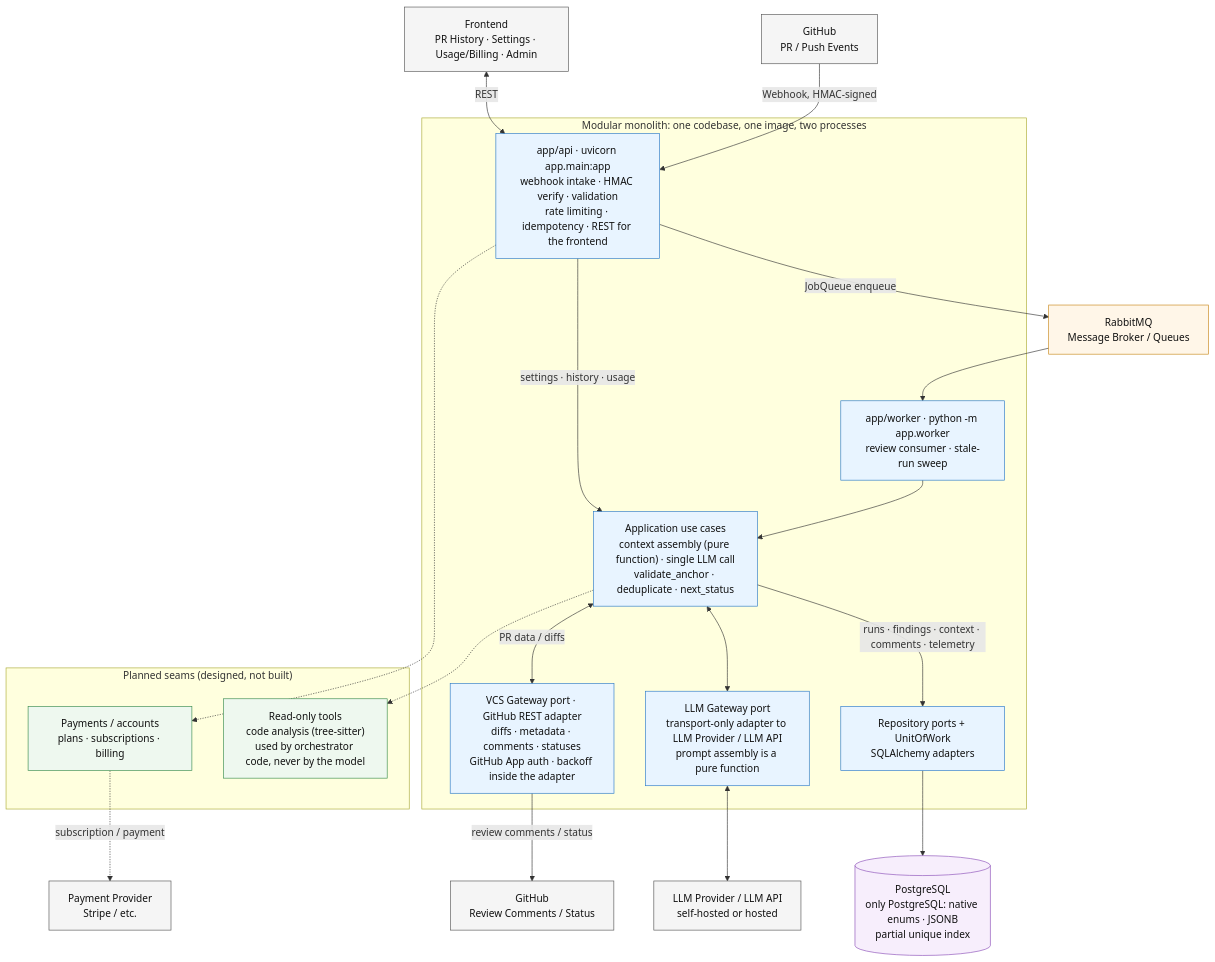
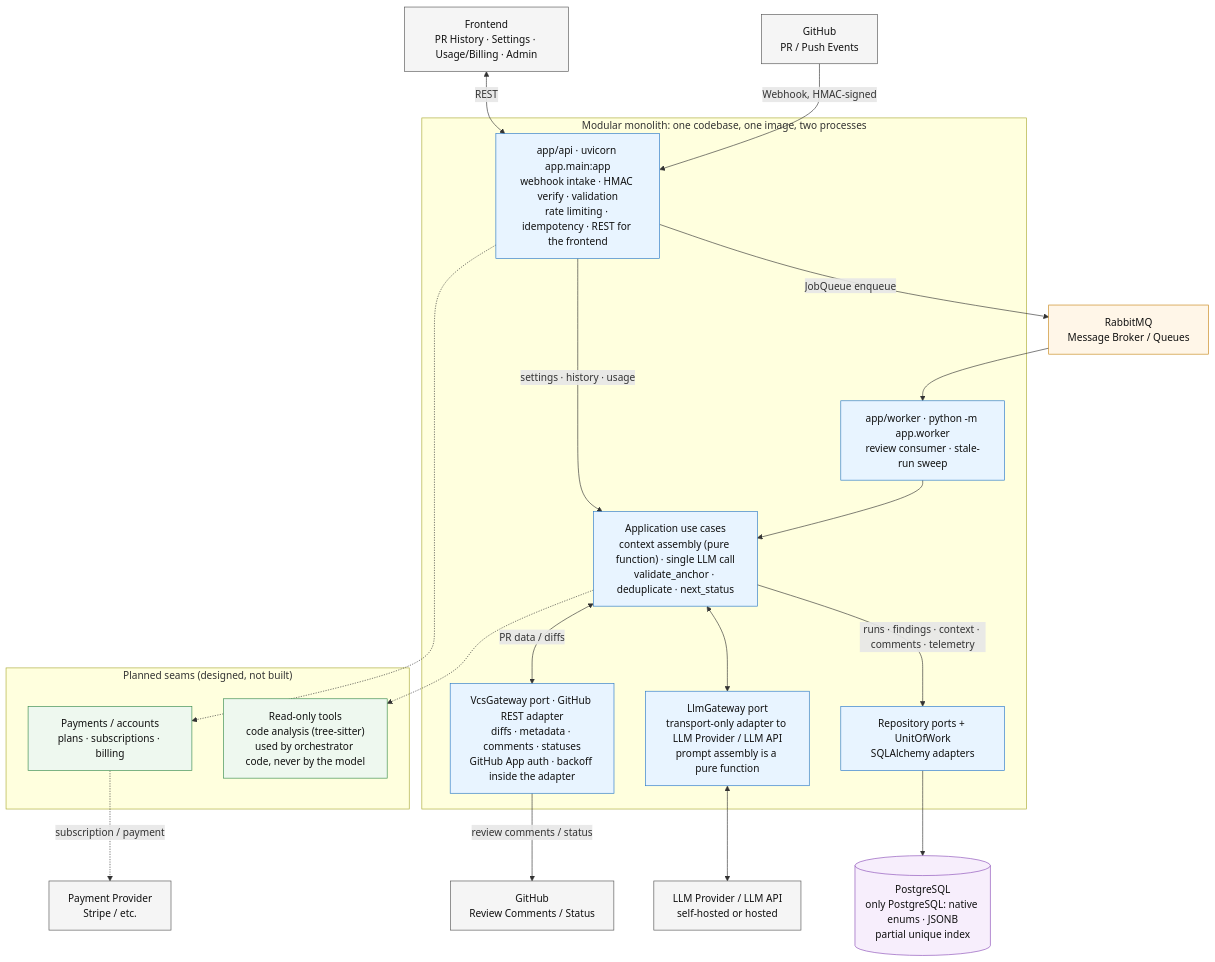
Before and after one commit to larchanka-training/dmc-268-api-t1: the diagram in docs/SYSTEM_DESIGN.md, drawn with Mermaid. The commit also changed other lines of this file, not shown here.

````diff
--- a/docs/SYSTEM_DESIGN.md
+++ b/docs/SYSTEM_DESIGN.md
@@ -9,67 +9,67 @@
 ```mermaid
 flowchart TB
     %% External
     GH[GitHub<br/>PR / Push Events]
     GHR[GitHub<br/>Review Comments / Status]
     PP[Payment Provider<br/>Stripe / etc.]
     LLM[LLM Provider / LLM API<br/>self-hosted or hosted]
     FE[Frontend<br/>PR History · Settings · Usage/Billing · Admin]
 
     %% Infrastructure
     MQ[RabbitMQ<br/>Message Broker / Queues]
     DB[(PostgreSQL<br/>only PostgreSQL: native enums · JSONB<br/>partial unique index)]
 
     %% Modular monolith
     subgraph MONOLITH["Modular monolith: one codebase, one image, two processes"]
         API["app/api · uvicorn app.main:app<br/>webhook intake · HMAC verify · validation<br/>rate limiting · idempotency · REST for the frontend"]
         WORKER["app/worker · python -m app.worker<br/>review consumer · stale-run sweep"]
         ORCH["Application use cases<br/>context assembly (pure function) · single LLM call<br/>validate_anchor · deduplicate · next_status"]
-        VCS["VCS Gateway port · GitHub REST adapter<br/>diffs · metadata · comments · statuses<br/>GitHub App auth · backoff inside the adapter"]
-        LGW["LLM Gateway port<br/>transport-only adapter to LLM Provider / LLM API<br/>prompt assembly is a pure function"]
+        VCS["VcsGateway port · GitHub REST adapter<br/>diffs · metadata · comments · statuses<br/>GitHub App auth · backoff inside the adapter"]
+        LGW["LlmGateway port<br/>transport-only adapter to LLM Provider / LLM API<br/>prompt assembly is a pure function"]
         REPOS["Repository ports + UnitOfWork<br/>SQLAlchemy adapters"]
     end
 
     %% Planned seams
     subgraph PLANNED["Planned seams (designed, not built)"]
         PAY["Payments / accounts<br/>plans · subscriptions · billing"]
         TOOLS["Read-only tools<br/>code analysis (tree-sitter)<br/>used by orchestrator code, never by the model"]
     end
 
     %% Event flow
     GH -->|Webhook, HMAC-signed| API
     FE <-->|REST| API
     API -->|JobQueue enqueue| MQ
     MQ --> WORKER
     WORKER --> ORCH
     API -->|settings · history · usage| ORCH
 
     %% VCS
     ORCH <-->|PR data / diffs| VCS
     VCS -->|review comments / status| GHR
 
     %% LLM
     ORCH <--> LGW
     LGW <--> LLM
 
     %% Data and telemetry
     ORCH -->|runs · findings · context · comments · telemetry| REPOS
     REPOS --> DB
 
     %% Planned seams
     API -.-> PAY
     PAY -.->|subscription / payment| PP
     ORCH -.-> TOOLS
 
     %% Styling
     classDef external fill:#f5f5f5,stroke:#555,color:#111;
     classDef core fill:#e8f4ff,stroke:#2878c8,color:#111;
     classDef planned fill:#eef8ef,stroke:#368a4a,color:#111;
     classDef infra fill:#fff6e8,stroke:#c88719,color:#111;
     classDef db fill:#f7eefc,stroke:#8a4db8,color:#111;
 
     class GH,GHR,PP,LLM,FE external;
     class API,WORKER,ORCH,VCS,LGW,REPOS core;
     class PAY,TOOLS planned;
     class MQ infra;
     class DB db;
 ```
````
